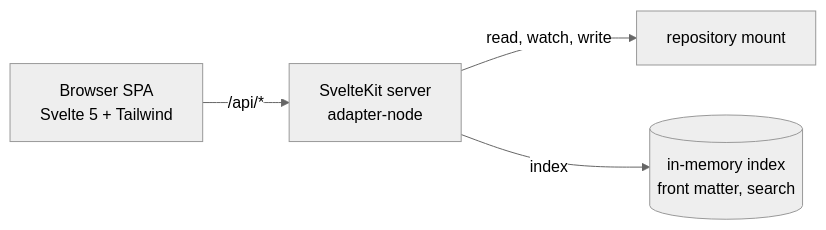
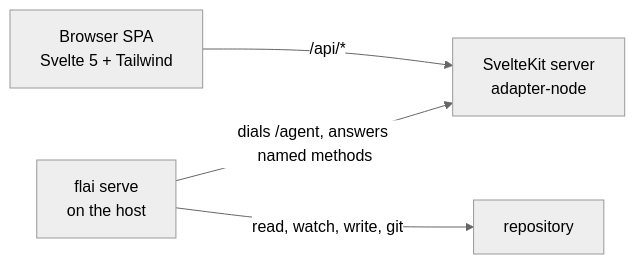
Before and after one commit to bytepunx/system-flow: the diagram in design/system/flaiover-dashboard.md, drawn with Mermaid (neutral theme). The commit also changed other lines of this file and 7 other files, not shown here.

````diff
--- a/design/system/flaiover-dashboard.md
+++ b/design/system/flaiover-dashboard.md
@@ -17,6 +17,6 @@
 ```mermaid
 flowchart LR
     B[Browser SPA<br/>Svelte 5 + Tailwind] -->|/api/*| S[SvelteKit server<br/>adapter-node]
-    S -->|read, watch, write| M[repository mount]
-    S -->|index| I[(in-memory index<br/>front matter, search)]
+    F[flai serve<br/>on the host] -->|dials /agent, answers named methods| S
+    F -->|read, watch, write, git| R[repository]
 ```
````
